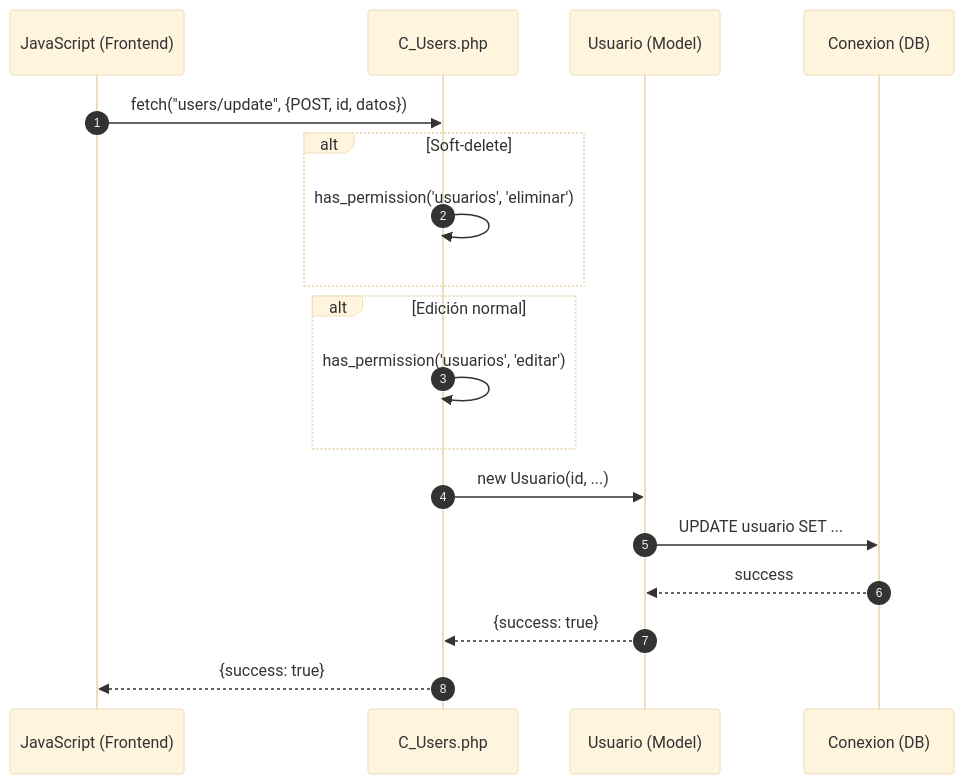
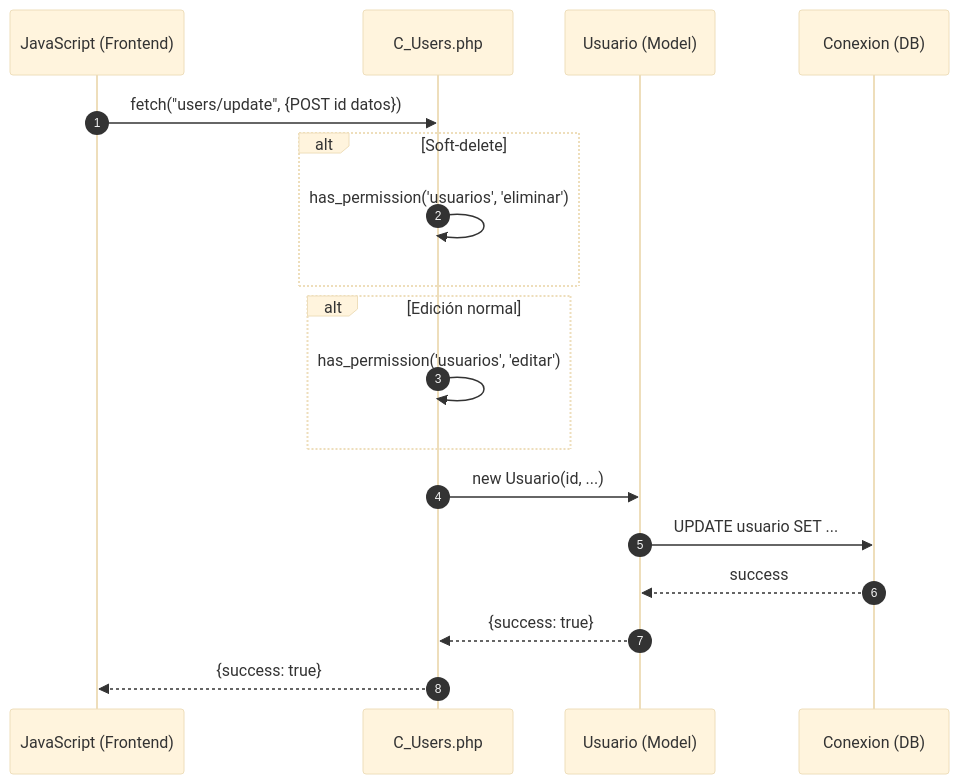
One commit to Tecrato/BurgerHouse changed the third of 6 diagrams in docs/secuencia/usuarios/usuarios.md. Above: the diagram before and after it, drawn with Mermaid (base theme). The commit also changed other lines of this file and 13 other files, not shown here.

Commit message:
diagramas de secuencia

````diff
--- a/docs/secuencia/usuarios/usuarios.md
+++ b/docs/secuencia/usuarios/usuarios.md
@@ -60,25 +60,25 @@
 ```mermaid
 sequenceDiagram
     autonumber
     participant JS as JavaScript (Frontend)
     participant C_Users as C_Users.php
     participant Usuario as Usuario (Model)
     participant DB as Conexion (DB)
     
-    JS->>C_Users: fetch("users/update", {POST, id, datos})
+    JS->>C_Users: fetch("users/update", {POST id datos})
     
     alt Soft-delete
         C_Users->>C_Users: has_permission('usuarios', 'eliminar')
     end
     
     alt Edición normal
         C_Users->>C_Users: has_permission('usuarios', 'editar')
     end
     
     C_Users->>Usuario: new Usuario(id, ...)
     Usuario->>DB: UPDATE usuario SET ...
     DB-->>Usuario: success
     Usuario-->>C_Users: {success: true}
     
     C_Users-->>JS: {success: true}
 ```
````
